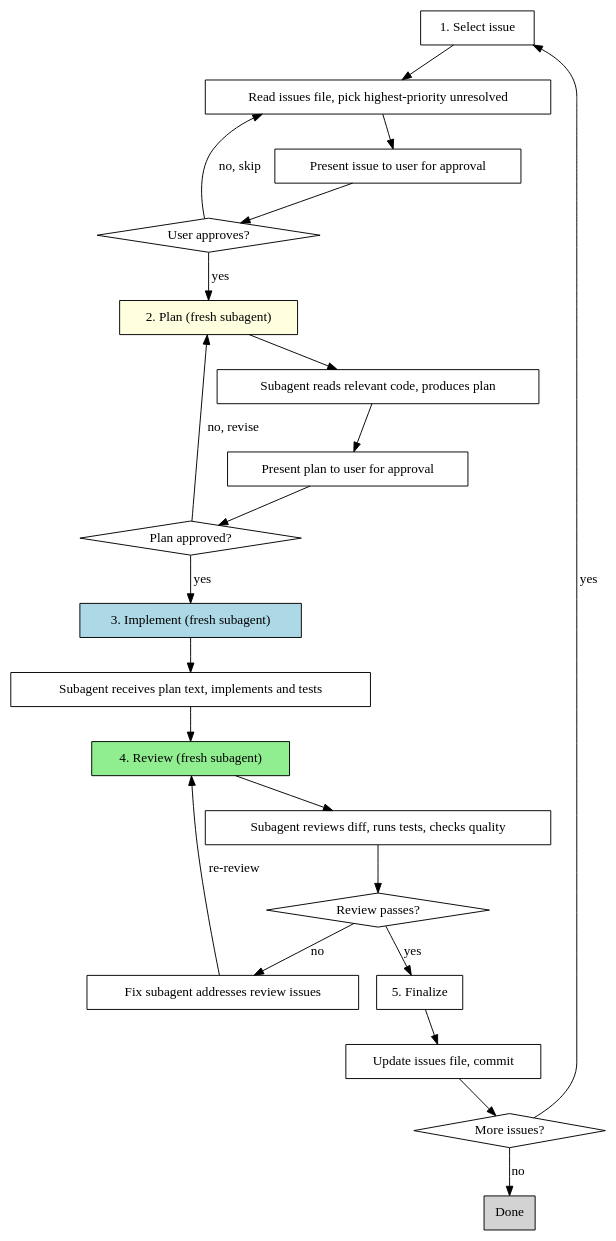
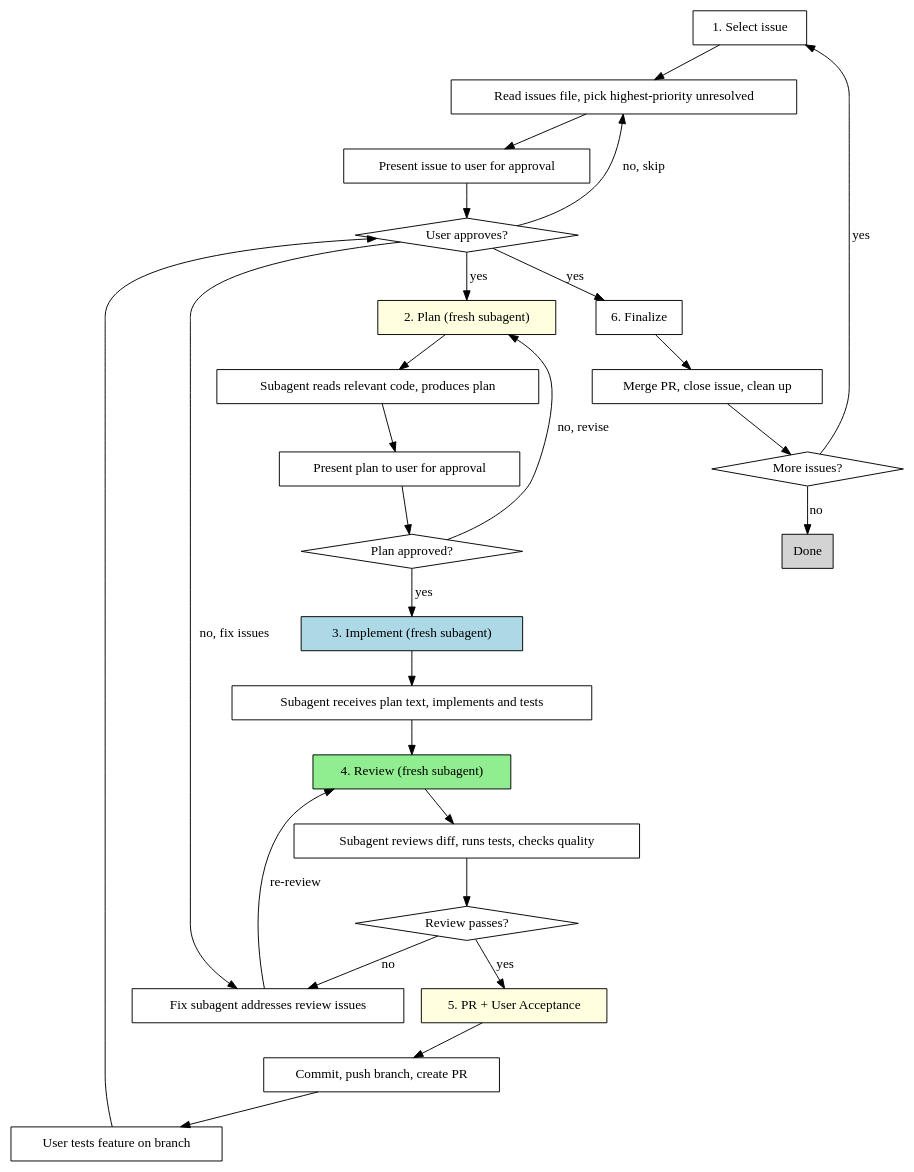
The diagram in issue-driven-development/SKILL.md (jasoncrawford/claude-skills), drawn with Graphviz before and after one commit. The commit also changed other lines of this file, not shown here.

Commit message:
Add user acceptance step

````diff
--- a/issue-driven-development/SKILL.md
+++ b/issue-driven-development/SKILL.md
@@ -18,54 +18,65 @@
 ```dot
 digraph process {
     rankdir=TB;
 
     "1. Select issue" [shape=box];
     "Read issues file, pick highest-priority unresolved" [shape=box];
     "Present issue to user for approval" [shape=box];
     "User approves?" [shape=diamond];
 
     "2. Plan (fresh subagent)" [shape=box style=filled fillcolor=lightyellow];
     "Subagent reads relevant code, produces plan" [shape=box];
     "Present plan to user for approval" [shape=box];
     "Plan approved?" [shape=diamond];
 
     "3. Implement (fresh subagent)" [shape=box style=filled fillcolor=lightblue];
     "Subagent receives plan text, implements and tests" [shape=box];
 
     "4. Review (fresh subagent)" [shape=box style=filled fillcolor=lightgreen];
     "Subagent reviews diff, runs tests, checks quality" [shape=box];
     "Review passes?" [shape=diamond];
     "Fix subagent addresses review issues" [shape=box];
 
-    "5. Finalize" [shape=box];
-    "Update issues file, commit" [shape=box];
+    "5. PR + User Acceptance" [shape=box style=filled fillcolor=lightyellow];
+    "Commit, push branch, create PR" [shape=box];
+    "User tests feature on branch" [shape=box];
+    "User approves?" [shape=diamond];
+
+    "6. Finalize" [shape=box];
+    "Merge PR, close issue, clean up" [shape=box];
     "More issues?" [shape=diamond];
     "Done" [shape=box style=filled fillcolor=lightgray];
 
     "1. Select issue" -> "Read issues file, pick highest-priority unresolved";
     "Read issues file, pick highest-priority unresolved" -> "Present issue to user for approval";
     "Present issue to user for approval" -> "User approves?";
     "User approves?" -> "2. Plan (fresh subagent)" [label="yes"];
     "User approves?" -> "Read issues file, pick highest-priority unresolved" [label="no, skip"];
 
     "2. Plan (fresh subagent)" -> "Subagent reads relevant code, produces plan";
     "Subagent reads relevant code, produces plan" -> "Present plan to user for approval";
     "Present plan to user for approval" -> "Plan approved?";
     "Plan approved?" -> "3. Implement (fresh subagent)" [label="yes"];
     "Plan approved?" -> "2. Plan (fresh subagent)" [label="no, revise"];
 
     "3. Implement (fresh subagent)" -> "Subagent receives plan text, implements and tests";
     "Subagent receives plan text, implements and tests" -> "4. Review (fresh subagent)";
 
     "4. Review (fresh subagent)" -> "Subagent reviews diff, runs tests, checks quality";
     "Subagent reviews diff, runs tests, checks quality" -> "Review passes?";
-    "Review passes?" -> "5. Finalize" [label="yes"];
+    "Review passes?" -> "5. PR + User Acceptance" [label="yes"];
     "Review passes?" -> "Fix subagent addresses review issues" [label="no"];
     "Fix subagent addresses review issues" -> "4. Review (fresh subagent)" [label="re-review"];
 
-    "5. Finalize" -> "Update issues file, commit";
-    "Update issues file, commit" -> "More issues?";
+    "5. PR + User Acceptance" -> "Commit, push branch, create PR";
+    "Commit, push branch, create PR" -> "User tests feature on branch";
+    "User tests feature on branch" -> "User approves?";
+    "User approves?" -> "6. Finalize" [label="yes"];
+    "User approves?" -> "Fix subagent addresses review issues" [label="no, fix issues"];
+
+    "6. Finalize" -> "Merge PR, close issue, clean up";
+    "Merge PR, close issue, clean up" -> "More issues?";
     "More issues?" -> "1. Select issue" [label="yes"];
     "More issues?" -> "Done" [label="no"];
 }
 ```
````
